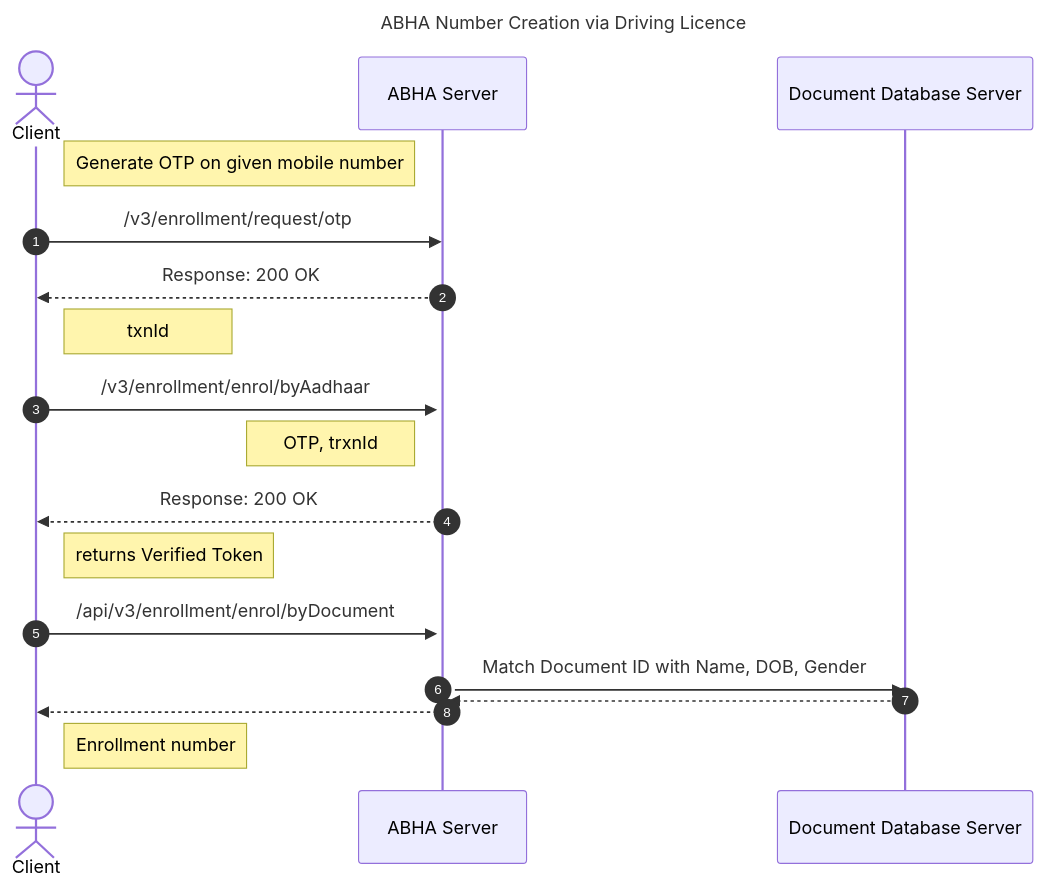
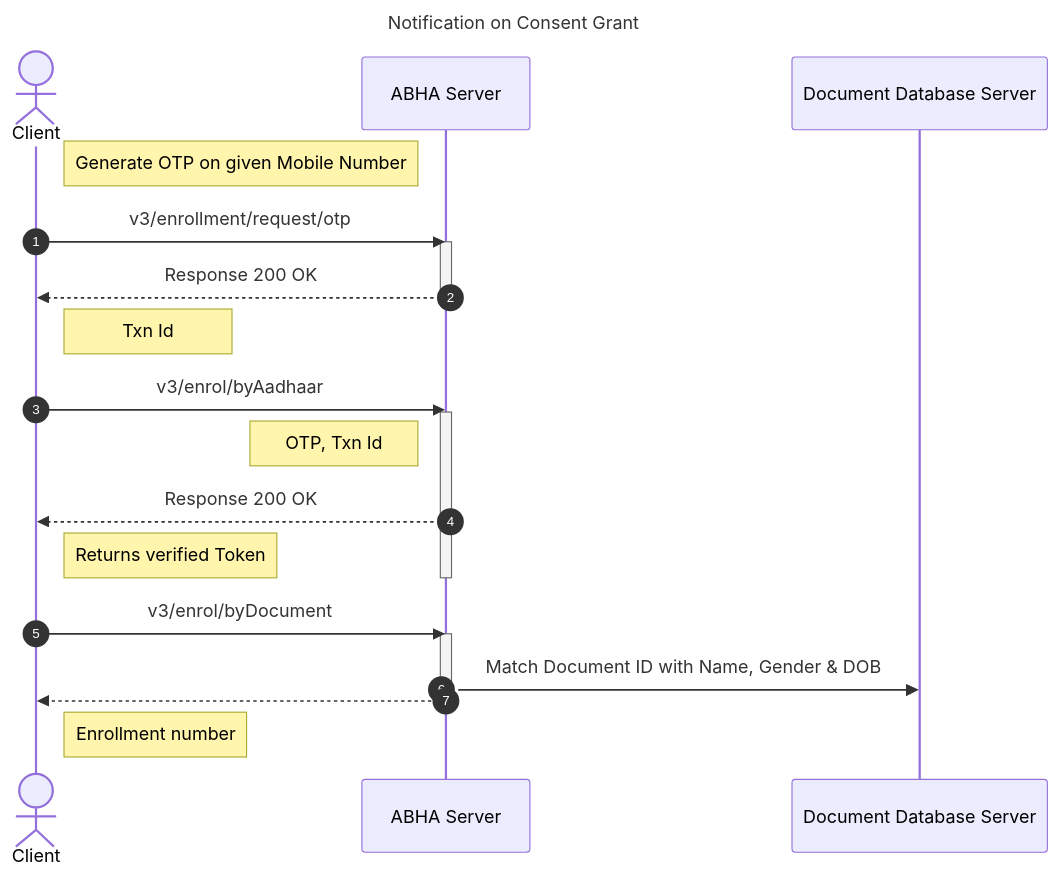
The diagram in content/2-milestone1/abha-number/TEST-driving-license.md (kiranma72/abdm-docs), drawn with Mermaid before and after one commit.

Commit message:
test driving licence commit 4

```diff
--- a/content/2-milestone1/abha-number/TEST-driving-license.md
+++ b/content/2-milestone1/abha-number/TEST-driving-license.md
@@ -84,19 +84,24 @@
 {{< mermaid >}}
 %%{init:{"fontSize": "1.0rem", "sequence":{"showSequenceNumbers":true}}}%%
 sequenceDiagram
-title ABHA Number Creation via Driving Licence
+title Notification on Consent Grant
 actor Client
-note left of ABHA Server: Generate OTP on given mobile number
-Client->>ABHA Server: /v3/enrollment/request/otp
-ABHA Server-->>Client: Response: 200 OK 
-note right of Client: txnId
-Client->>+ABHA Server: /v3/enrollment/enrol/byAadhaar
-note left of ABHA Server: OTP, trxnId
-ABHA Server-->>Client: Response: 200 OK 
-note right of Client : returns Verified Token
-Client->>ABHA Server: /api/v3/enrollment/enrol/byDocument
-ABHA Server->>Document Database Server: Match Document ID with Name, DOB, Gender
-Document Database Server-->>ABHA Server: 
-ABHA Server-->>Client: 
-note right of Client: Enrollment number 
+Note right of Client: Generate OTP on given Mobile Number
+Client->>ABHA Server:v3/enrollment/request/otp
+activate ABHA Server
+ABHA Server-->> Client: Response 200 OK
+deactivate ABHA Server
+Note right of Client: Txn Id
+Client->>ABHA Server:v3/enrol/byAadhaar
+activate ABHA Server
+Note left of ABHA Server: OTP, Txn Id
+ABHA Server-->> Client: Response 200 OK
+Note right of Client: Returns verified Token
+deactivate ABHA Server
+Client->>ABHA Server:v3/enrol/byDocument
+activate ABHA Server
+ABHA Server->> Document Database Server: Match Document ID with Name, Gender & DOB
+deactivate ABHA Server
+ABHA Server-->> Client: 
+Note right of Client: Enrollment number
 {{< /mermaid >}}
```
